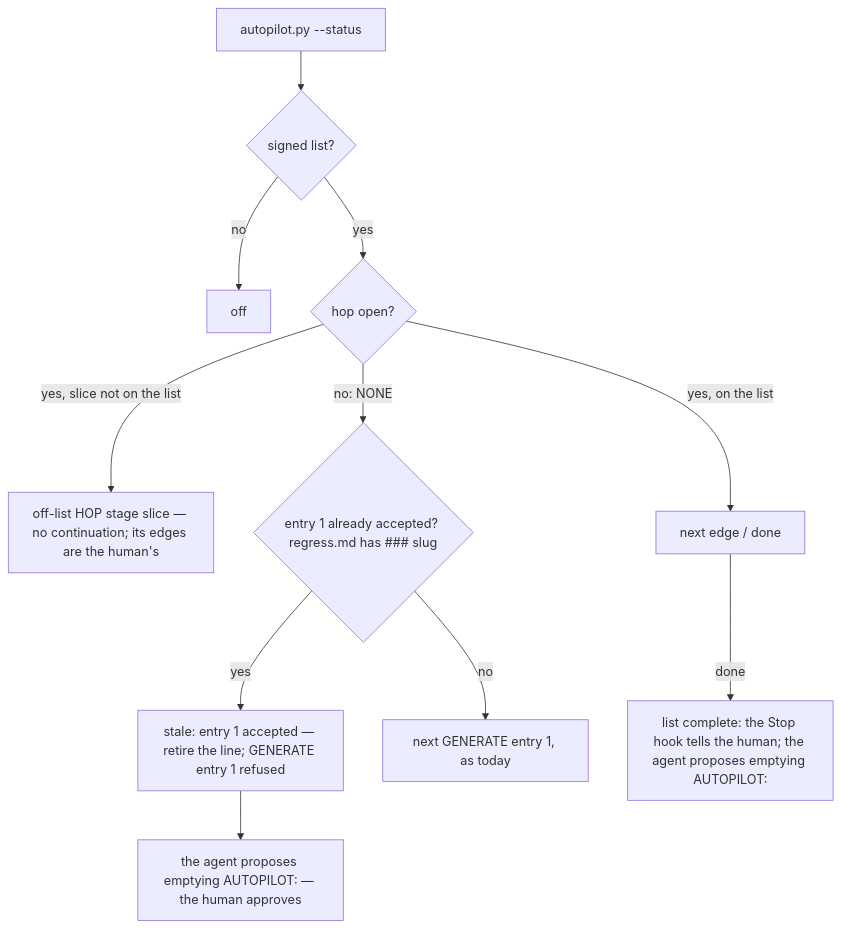
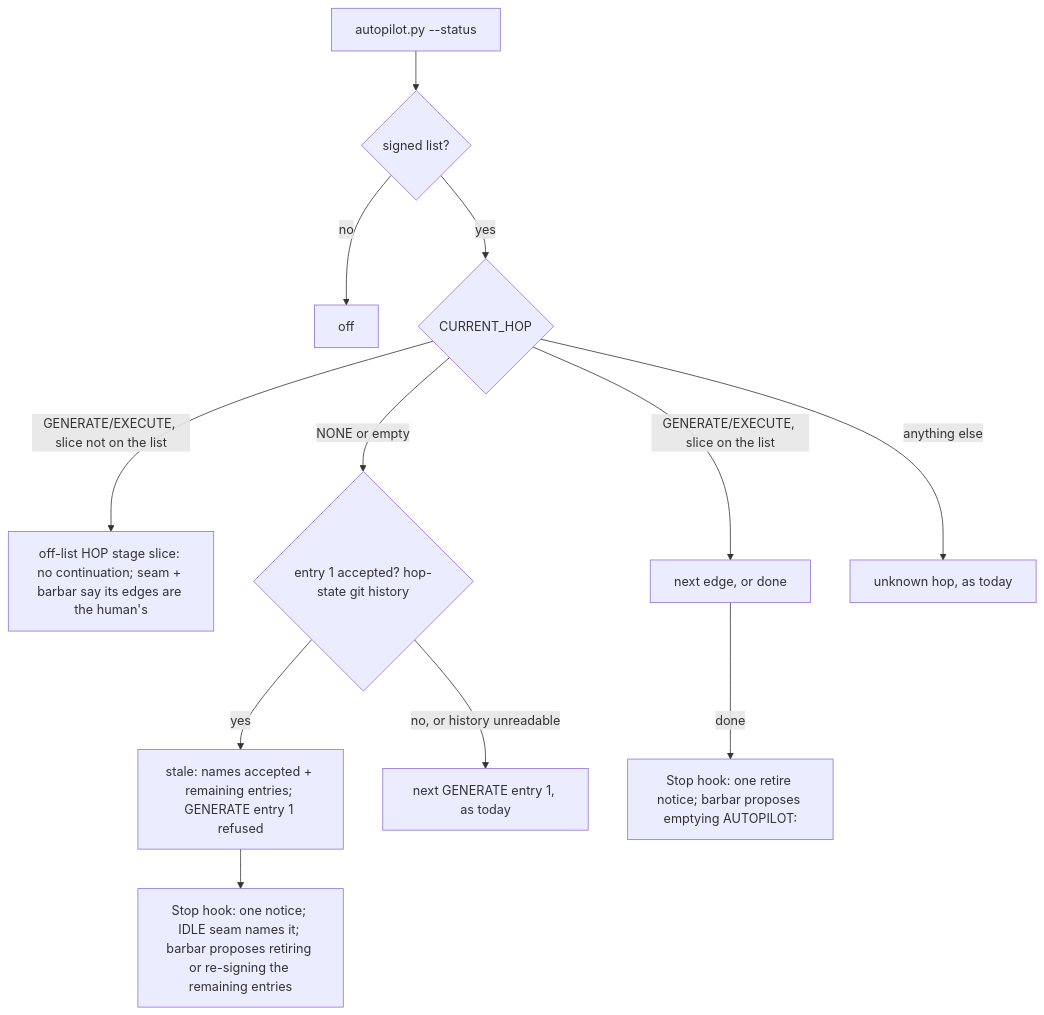
One commit to kadaluarsa/barbaric-driven-development changed the second of 2 diagrams in docs/cascade/05b-t87-autopilot-list-retire.md. Above: the diagram before and after it, drawn with Mermaid. The commit also changed other lines of this file and 1 other file, not shown here.

````diff
--- a/docs/cascade/05b-t87-autopilot-list-retire.md
+++ b/docs/cascade/05b-t87-autopilot-list-retire.md
@@ -53,13 +61,14 @@
 ```mermaid
 flowchart TD
   S[autopilot.py --status] --> L{signed list?}
   L -->|no| OFF[off]
-  L -->|yes| O{hop open?}
-  O -->|yes, slice not on the list| OL[off-list HOP stage slice — no continuation; its edges are the human's]
-  O -->|yes, on the list| N2[next edge / done]
-  O -->|no: NONE| A{entry 1 already accepted? regress.md has ### slug}
-  A -->|yes| ST[stale: entry 1 accepted — retire the line; GENERATE entry 1 refused]
-  A -->|no| N1[next GENERATE entry 1, as today]
-  N2 -->|done| H[list complete: the Stop hook tells the human; the agent proposes emptying AUTOPILOT:]
-  ST --> P[the agent proposes emptying AUTOPILOT: — the human approves]
+  L -->|yes| O{CURRENT_HOP}
+  O -->|GENERATE/EXECUTE, slice not on the list| OL[off-list HOP stage slice: no continuation; seam + barbar say its edges are the human's]
+  O -->|GENERATE/EXECUTE, slice on the list| N2[next edge, or done]
+  O -->|NONE or empty| A{entry 1 accepted? hop-state git history}
+  A -->|yes| ST[stale: names accepted + remaining entries; GENERATE entry 1 refused]
+  A -->|no, or history unreadable| N1[next GENERATE entry 1, as today]
+  O -->|anything else| U[unknown hop, as today]
+  N2 -->|done| R[Stop hook: one retire notice; barbar proposes emptying AUTOPILOT:]
+  ST --> R2[Stop hook: one notice; IDLE seam names it; barbar proposes retiring or re-signing the remaining entries]
 ```
````
